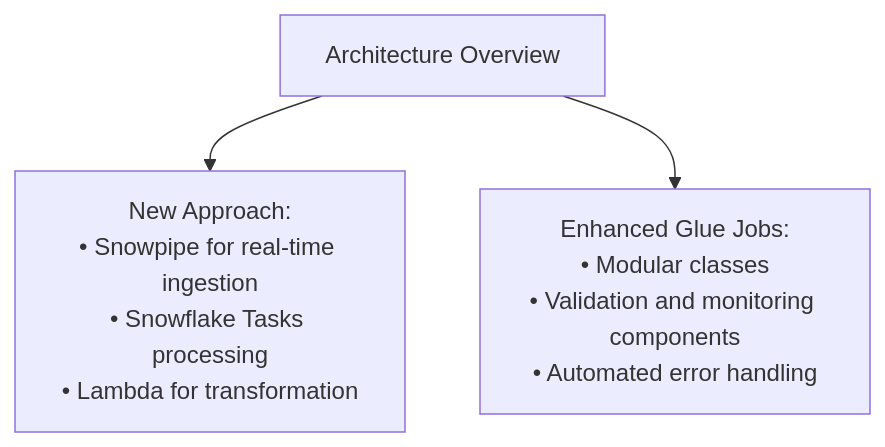
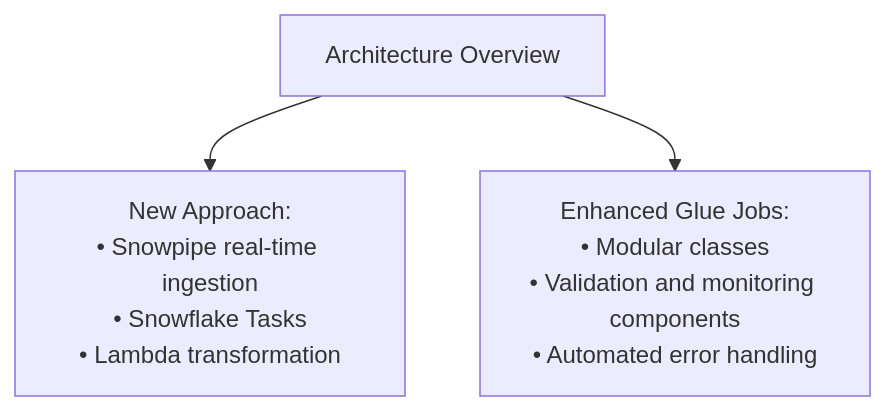
Before and after one commit to veronelazio/wezterm: the third of 17 diagrams in mermaid.md, drawn with Mermaid.

````diff
--- a/mermaid.md
+++ b/mermaid.md
@@ -54,5 +54,5 @@
 ```mermaid
 flowchart TD
-    A1["Architecture Overview"] --> A2["New Approach:<br/>• Snowpipe for real-time ingestion<br/>• Snowflake Tasks processing<br/>• Lambda for transformation"]
+    A1["Architecture Overview"] --> A2["New Approach:<br/>• Snowpipe real-time ingestion<br/>• Snowflake Tasks<br/>• Lambda transformation"]
     A1 --> A3["Enhanced Glue Jobs:<br/>• Modular classes<br/>• Validation and monitoring components<br/>• Automated error handling"]
 ```
````
